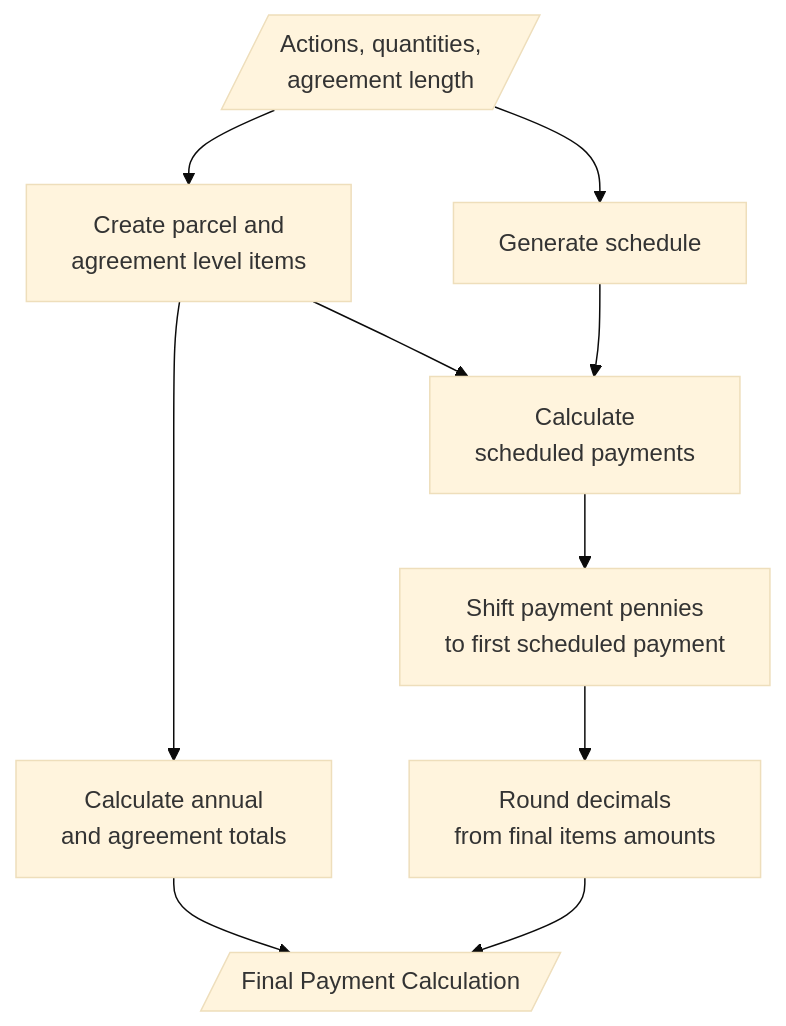
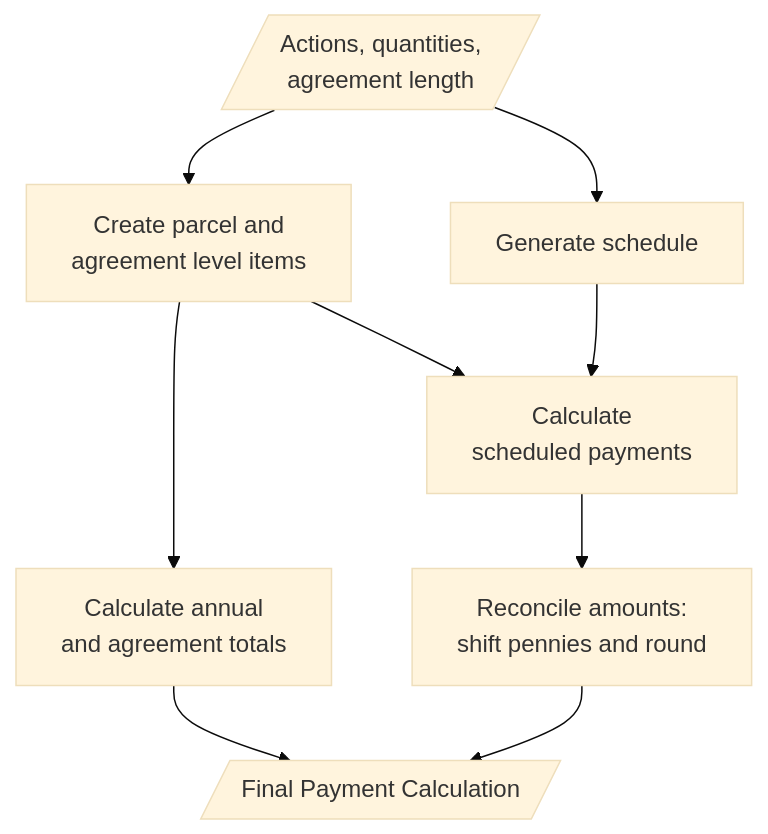
The diagram in docs/payment-calculation.md (DEFRA/land-grants-api), drawn with Mermaid (base theme) before and after one commit. The commit also changed 5 other files, not shown here.

````diff
--- a/docs/payment-calculation.md
+++ b/docs/payment-calculation.md
@@ -9,30 +9,27 @@
 ```mermaid
 flowchart TD
   start[/Actions, quantities,
   agreement length/]
 
   generateSchedule[Generate schedule]
   createItems[Create parcel and
   agreement level items]
   calculateTotals[Calculate annual
   and agreement totals]
   calculateScheduled[Calculate
     scheduled payments]
-  shiftPennies[Shift payment pennies
-  to first scheduled payment]
-  roundAmounts[Round decimals
-  from final items amounts]
+  reconcileAmounts[Reconcile amounts:
+  shift pennies and round]
 
   result[/Final Payment Calculation/]
 
   start --> generateSchedule
   start --> createItems
   createItems --> calculateTotals
   createItems --> calculateScheduled
   generateSchedule --> calculateScheduled
   calculateTotals
-  calculateScheduled --> shiftPennies
-  shiftPennies --> roundAmounts
+  calculateScheduled --> reconcileAmounts
   calculateTotals --> result
-  roundAmounts --> result
+  reconcileAmounts --> result
 ```
````
